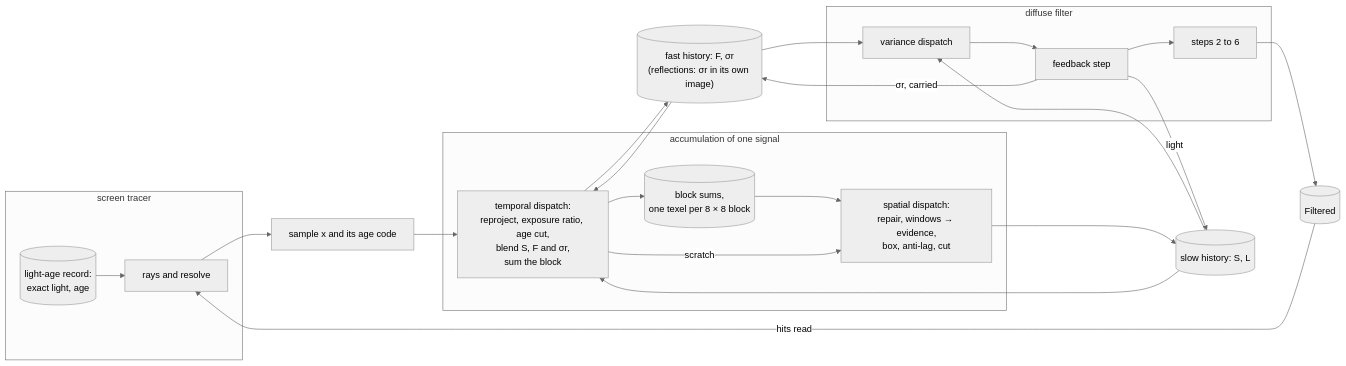
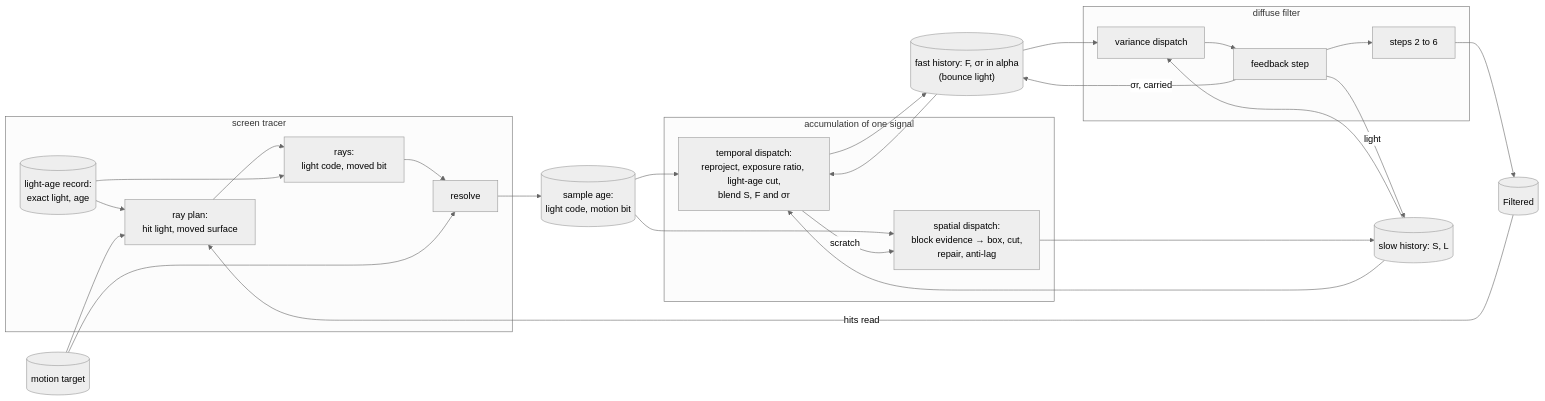
Before and after one commit to alexispurslane/tertius: the diagram in docs/plans/bounce-light-confidence.md, drawn with Mermaid (neutral theme). The commit also changed other lines of this file and 16 other files, not shown here.

First line of the commit message:
Take Design A's evidence from what the rays saw (Design X)

````diff
--- a/docs/plans/bounce-light-confidence.md
+++ b/docs/plans/bounce-light-confidence.md
@@ -68,33 +83,41 @@
 ```mermaid
 flowchart LR
   subgraph Tracer["screen tracer"]
     REC[("light-age record:<br/>exact light, age")]
-    RAYS["rays and resolve"]
+    PLAN["ray plan:<br/>hit light, moved surface"]
+    RAYS["rays:<br/>light code, moved bit"]
+    RES["resolve"]
   end
-  SAMPLE["sample x and its age code"]
+  MOT[("motion target")]
+  AGE[("sample age:<br/>light code, motion bit")]
   subgraph Acc["accumulation of one signal"]
-    TD["temporal dispatch:<br/>reproject, exposure ratio, age cut,<br/>blend S, F and σr,<br/>sum the block"]
-    BS[("block sums,<br/>one texel per 8 × 8 block")]
-    SD["spatial dispatch:<br/>repair, windows → evidence,<br/>box, anti-lag, cut"]
+    TD["temporal dispatch:<br/>reproject, exposure ratio, light-age cut,<br/>blend S, F and σr"]
+    SD["spatial dispatch:<br/>block evidence → box, cut,<br/>repair, anti-lag"]
   end
   SLOW[("slow history: S, L")]
-  FAST[("fast history: F, σr<br/>(reflections: σr in its own image)")]
+  FAST[("fast history: F, σr in alpha<br/>(bounce light)")]
   subgraph Filter["diffuse filter"]
     VD["variance dispatch"]
     W1["feedback step"]
     WN["steps 2 to 6"]
   end
   FILT[("Filtered")]
-  REC --> RAYS --> SAMPLE --> TD
+  REC --> PLAN
+  MOT --> PLAN
+  PLAN --> RAYS --> RES
+  REC --> RAYS
+  MOT --> RES
+  RES --> AGE
+  AGE --> TD
+  AGE --> SD
   SLOW --> TD
   FAST --> TD
   TD --> FAST
-  TD --> BS --> SD
   TD -- scratch --> SD --> SLOW
   SLOW --> VD
   FAST --> VD --> W1
   W1 -- light --> SLOW
   W1 -- "σr, carried" --> FAST
   W1 --> WN --> FILT
-  FILT -- "hits read" --> RAYS
+  FILT -- "hits read" --> PLAN
 ```
````
